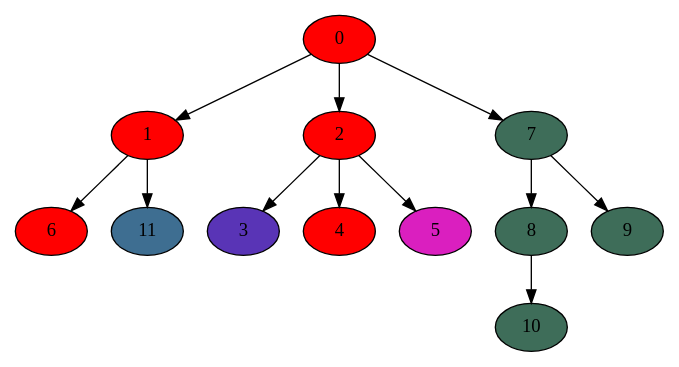
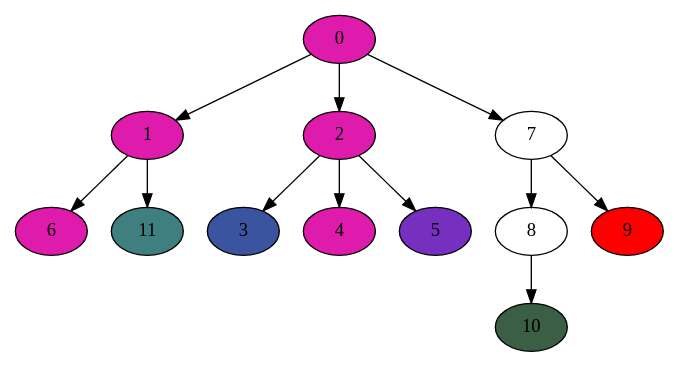
One commit to MenshovSergey/Fitch changed the diagram in fitch_res.dot. Above: the diagram before and after it, drawn with Graphviz. The commit also changed 9 other files, not shown here.

```diff
--- a/fitch_res.dot
+++ b/fitch_res.dot
@@ -1,25 +1,23 @@
 digraph fitch_res{
-0 [style=filled,fillcolor="1.0 1.0 1.0"]
+0 [style=filled,fillcolor="0.875 0.875 0.875"]
 0->1;
-1 [style=filled,fillcolor="1.0 1.0 1.0"]
+1 [style=filled,fillcolor="0.875 0.875 0.875"]
 1->6;
-6 [style=filled,fillcolor="1.0 1.0 1.0"]
+6 [style=filled,fillcolor="0.875 0.875 0.875"]
 1->11;
-11 [style=filled,fillcolor="0.5714285714285714 0.5714285714285714 0.5714285714285714"]
+11 [style=filled,fillcolor="0.5 0.5 0.5"]
 0->2;
-2 [style=filled,fillcolor="1.0 1.0 1.0"]
+2 [style=filled,fillcolor="0.875 0.875 0.875"]
 2->3;
-3 [style=filled,fillcolor="0.7142857142857143 0.7142857142857143 0.7142857142857143"]
+3 [style=filled,fillcolor="0.625 0.625 0.625"]
 2->4;
-4 [style=filled,fillcolor="1.0 1.0 1.0"]
+4 [style=filled,fillcolor="0.875 0.875 0.875"]
 2->5;
-5 [style=filled,fillcolor="0.8571428571428571 0.8571428571428571 0.8571428571428571"]
+5 [style=filled,fillcolor="0.75 0.75 0.75"]
 0->7;
-7 [style=filled,fillcolor="0.42857142857142855 0.42857142857142855 0.42857142857142855"]
 7->8;
-8 [style=filled,fillcolor="0.42857142857142855 0.42857142857142855 0.42857142857142855"]
 8->10;
-10 [style=filled,fillcolor="0.42857142857142855 0.42857142857142855 0.42857142857142855"]
+10 [style=filled,fillcolor="0.375 0.375 0.375"]
 7->9;
-9 [style=filled,fillcolor="0.42857142857142855 0.42857142857142855 0.42857142857142855"]
+9 [style=filled,fillcolor="1.0 1.0 1.0"]
 }
```
